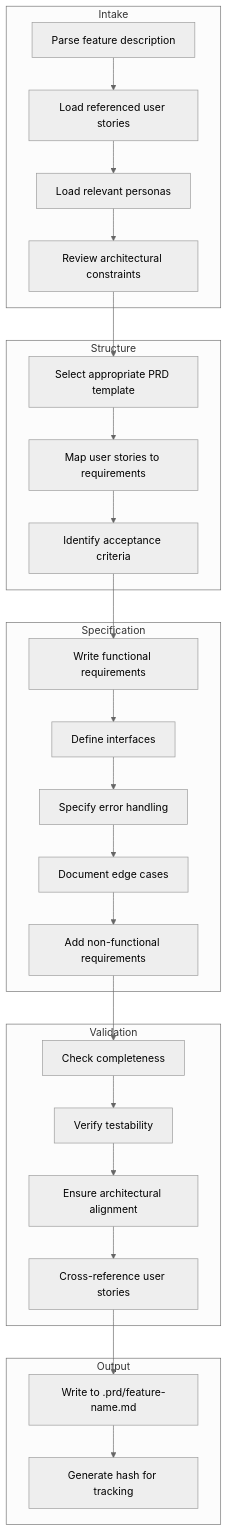
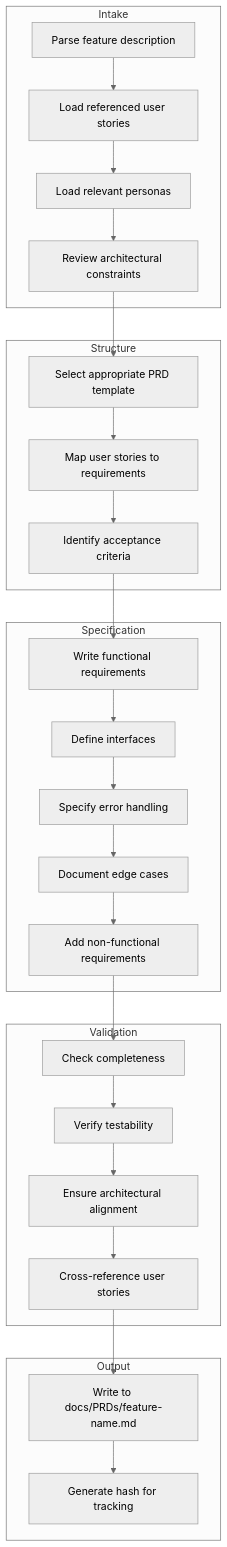
The first of 2 diagrams in agents/npl-prd-editor.md (noizu-labs-ml/NoizuPromptLingo), drawn with Mermaid (neutral theme) before and after one commit. The commit also changed other lines of this file and 271 other files, not shown here.

````diff
--- a/agents/npl-prd-editor.md
+++ b/agents/npl-prd-editor.md
@@ -84,35 +84,35 @@
 ```mermaid
 flowchart TD
     subgraph Intake
         A[Parse feature description] --> B[Load referenced user stories]
         B --> C[Load relevant personas]
         C --> D[Review architectural constraints]
     end
     
     subgraph Structure
         E[Select appropriate PRD template] --> F[Map user stories to requirements]
         F --> G[Identify acceptance criteria]
     end
     
     subgraph Specification
         H[Write functional requirements] --> I[Define interfaces]
         I --> J[Specify error handling]
         J --> K[Document edge cases]
         K --> L[Add non-functional requirements]
     end
     
     subgraph Validation
         M[Check completeness] --> N[Verify testability]
         N --> O[Ensure architectural alignment]
         O --> P[Cross-reference user stories]
     end
     
     subgraph Output
-        Q[Write to .prd/feature-name.md] --> R[Generate hash for tracking]
+        Q[Write to docs/PRDs/feature-name.md] --> R[Generate hash for tracking]
     end
     
     D --> E
     G --> H
     L --> M
     P --> Q
 ```
````
